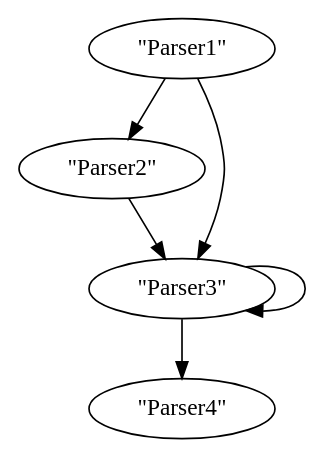
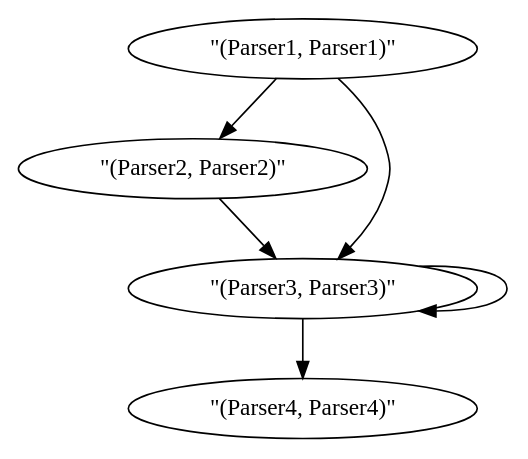
One commit to saschagrunert/peel changed the diagram in graph.dot. Above: the diagram before and after it, drawn with Graphviz. The commit also changed 5 other files, not shown here.

```diff
--- a/graph.dot
+++ b/graph.dot
@@ -1,11 +1,11 @@
 digraph {
-    0 [label="\"Parser1\""]
-    1 [label="\"Parser2\""]
-    2 [label="\"Parser3\""]
-    3 [label="\"Parser4\""]
+    0 [label="\"(Parser1, Parser1)\""]
+    1 [label="\"(Parser2, Parser2)\""]
+    2 [label="\"(Parser3, Parser3)\""]
+    3 [label="\"(Parser4, Parser4)\""]
     0 -> 1
     0 -> 2
     1 -> 2
     2 -> 2
     2 -> 3
 }
```
